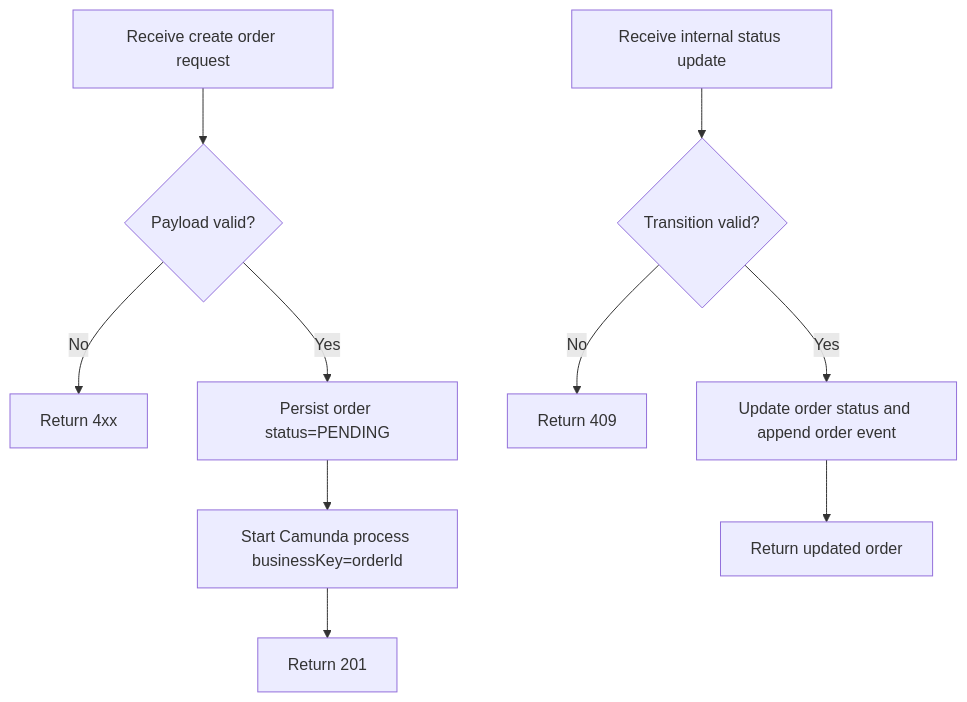
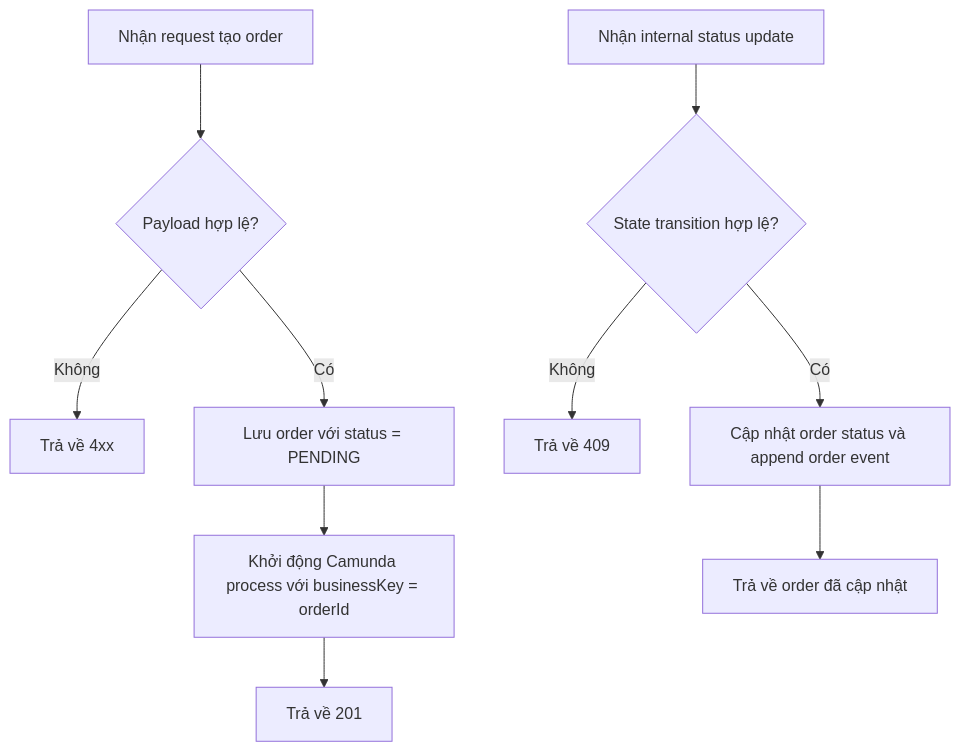
Before and after one commit to baosatboiz/asd: the fifth of 7 diagrams in analysis-and-design-ddd.md, drawn with Mermaid. The commit also changed other lines of this file, not shown here.

````diff
--- a/analysis-and-design-ddd.md
+++ b/analysis-and-design-ddd.md
@@ -304,13 +304,13 @@
 ```mermaid
 flowchart TD
-    A[Receive create order request] --> B{Payload valid?}
-    B -->|No| C[Return 4xx]
-    B -->|Yes| D[Persist order status=PENDING]
-    D --> E[Start Camunda process businessKey=orderId]
-    E --> F[Return 201]
+    A[Nhận request tạo order] --> B{Payload hợp lệ?}
+    B -->|Không| C[Trả về 4xx]
+    B -->|Có| D[Lưu order với status = PENDING]
+    D --> E[Khởi động Camunda process với businessKey = orderId]
+    E --> F[Trả về 201]
 
-    G[Receive internal status update] --> H{Transition valid?}
-    H -->|No| I[Return 409]
-    H -->|Yes| J[Update order status and append order event]
-    J --> K[Return updated order]
+    G[Nhận internal status update] --> H{State transition hợp lệ?}
+    H -->|Không| I[Trả về 409]
+    H -->|Có| J[Cập nhật order status và append order event]
+    J --> K[Trả về order đã cập nhật]
 ```
````
